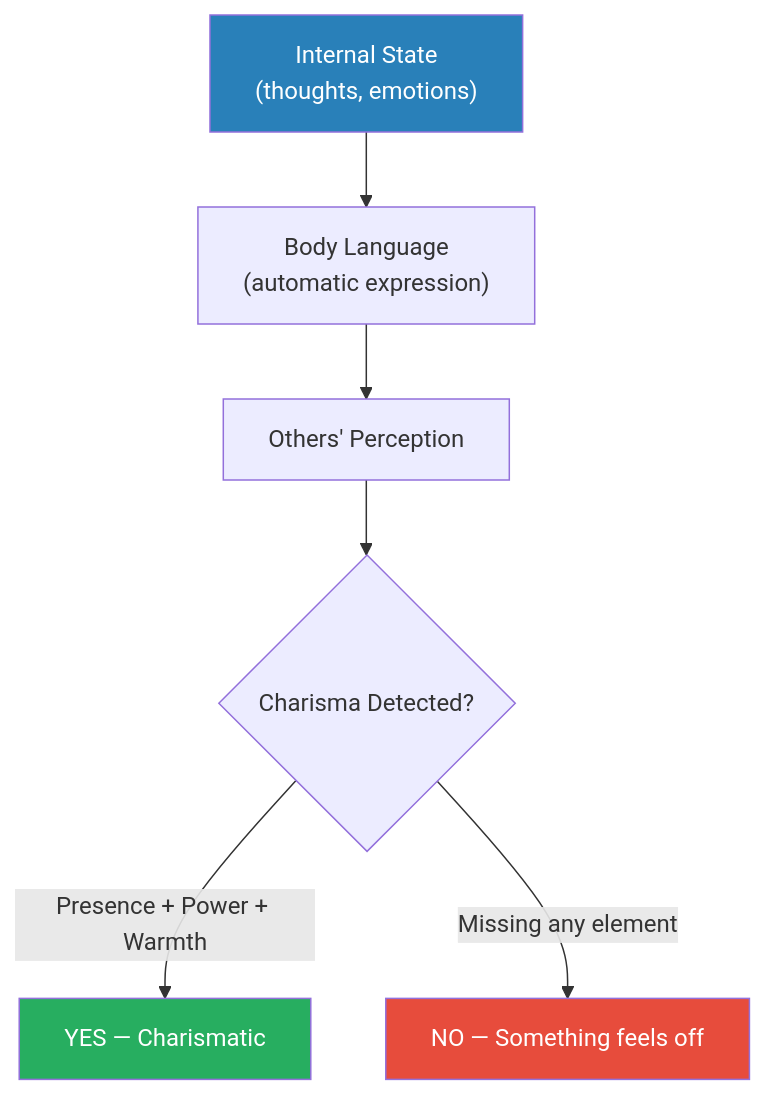
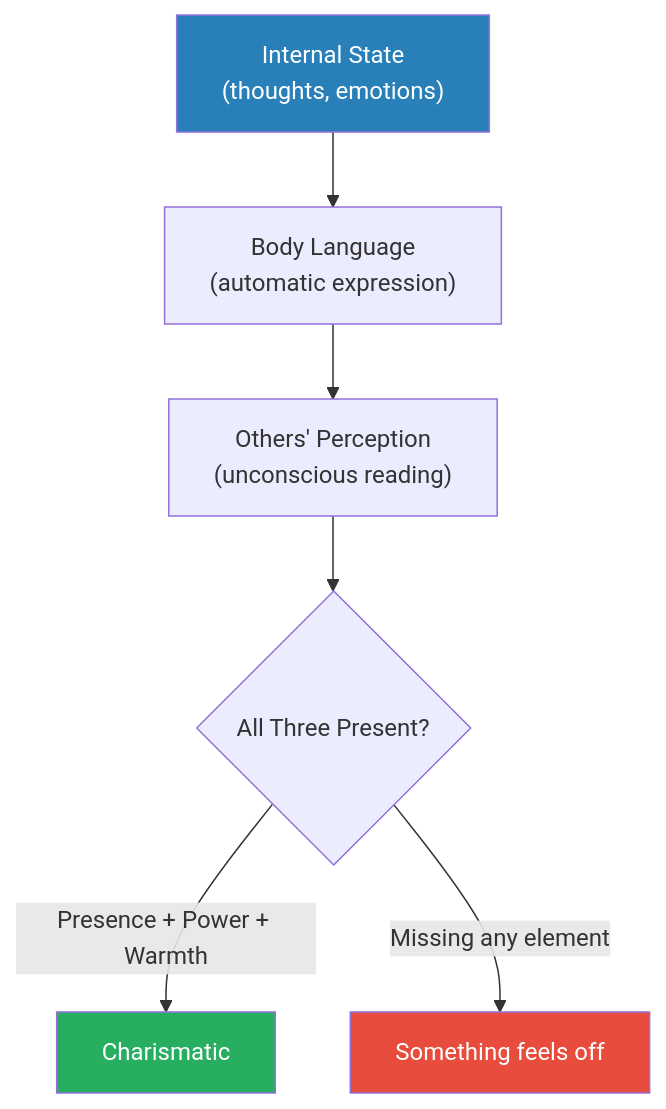
Before and after one commit to alius33/reader: the first of 9 diagrams in summaries/Power & Influence/The Charisma Myth - Olivia Fox Cabane.md, drawn with Mermaid. The commit also changed other lines of this file and 272 other files, not shown here.

````diff
--- a/summaries/Power & Influence/The Charisma Myth - Olivia Fox Cabane.md
+++ b/summaries/Power & Influence/The Charisma Myth - Olivia Fox Cabane.md
@@ -37,11 +41,11 @@
 ```mermaid
 flowchart TD
-    A["Internal State\n(thoughts, emotions)"] --> B["Body Language\n(automatic expression)"]
-    B --> C["Others' Perception"]
-    C --> D{"Charisma Detected?"}
-    D -->|"Presence + Power + Warmth"| E["YES — Charismatic"]
-    D -->|"Missing any element"| F["NO — Something feels off"]
+    A["Internal State<br>(thoughts, emotions)"] --> B["Body Language<br>(automatic expression)"]
+    B --> C["Others' Perception<br>(unconscious reading)"]
+    C --> D{"All Three Present?"}
+    D -->|"Presence + Power + Warmth"| E["Charismatic"]
+    D -->|"Missing any element"| F["Something feels off"]
     style A fill:#2980b9,color:#fff
     style E fill:#27ae60,color:#fff
     style F fill:#e74c3c,color:#fff
 ```
````
